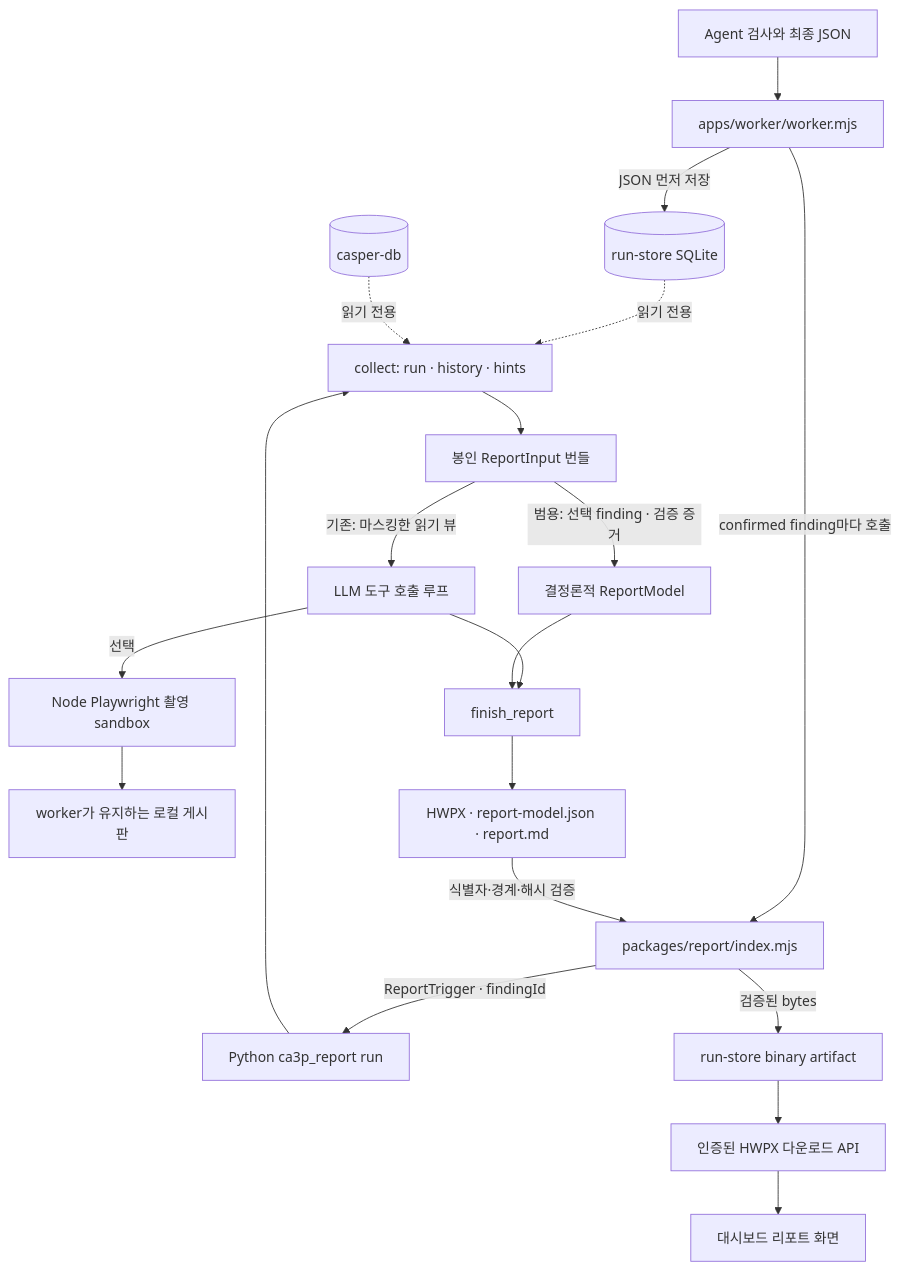
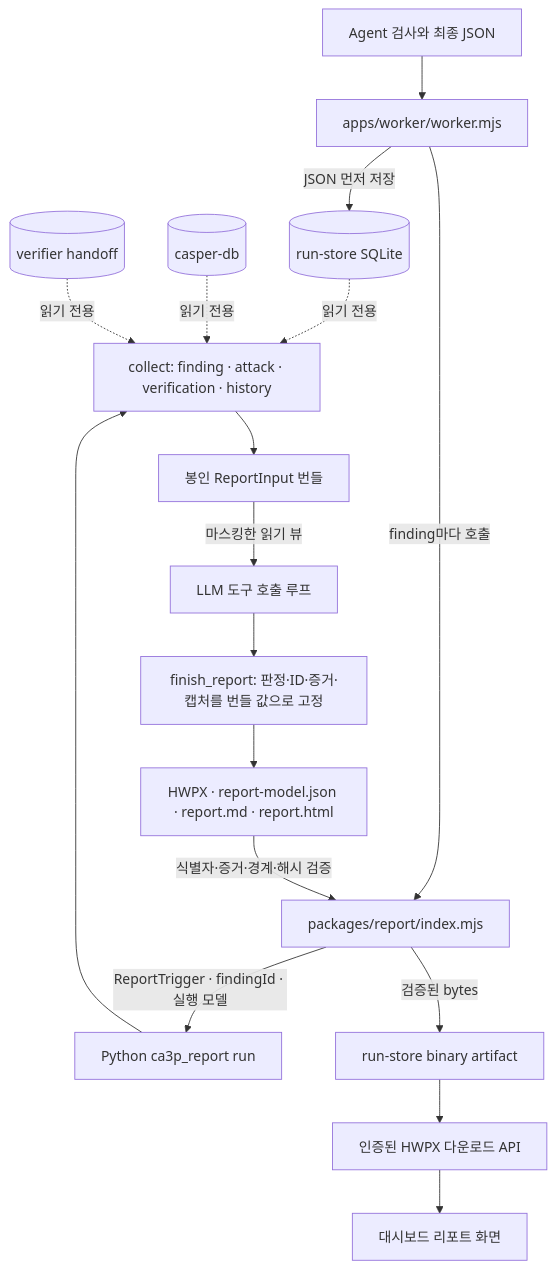
Before and after one commit to typemnm/FSL-CA3P: the diagram in packages/report/ARCHITECTURE.md, drawn with Mermaid. The commit also changed other lines of this file and 19 other files, not shown here.

````diff
--- a/packages/report/ARCHITECTURE.md
+++ b/packages/report/ARCHITECTURE.md
@@ -10,21 +9,18 @@
 ```mermaid
 flowchart TB
   CORE[Agent 검사와 최종 JSON] --> WORKER[apps/worker/worker.mjs]
   WORKER -->|JSON 먼저 저장| STORE[(run-store SQLite)]
-  WORKER -->|confirmed finding마다 호출| RUNNER[packages/report/index.mjs]
-  RUNNER -->|ReportTrigger · findingId| CLI[Python ca3p_report run]
-  STORE -. 읽기 전용 .-> COLLECT[collect: run · history · hints]
+  WORKER -->|finding마다 호출| RUNNER[packages/report/index.mjs]
+  RUNNER -->|ReportTrigger · findingId · 실행 모델| CLI[Python ca3p_report run]
+  STORE -. 읽기 전용 .-> COLLECT[collect: finding · attack · verification · history]
   HISTORY[(casper-db)] -. 읽기 전용 .-> COLLECT
+  HANDOFF[(verifier handoff)] -. 읽기 전용 .-> COLLECT
   CLI --> COLLECT --> BUNDLE[봉인 ReportInput 번들]
-  BUNDLE -->|범용: 선택 finding · 검증 증거| GENERAL[결정론적 ReportModel]
-  BUNDLE -->|기존: 마스킹한 읽기 뷰| LLM[LLM 도구 호출 루프]
-  LLM -->|선택| CAPTURE[Node Playwright 촬영 sandbox]
-  CAPTURE --> TARGET[worker가 유지하는 로컬 게시판]
-  LLM --> FINISH[finish_report]
-  GENERAL --> FINISH
-  FINISH --> FILES[HWPX · report-model.json · report.md]
-  FILES -->|식별자·경계·해시 검증| RUNNER
+  BUNDLE -->|마스킹한 읽기 뷰| LLM[LLM 도구 호출 루프]
+  LLM --> FINISH[finish_report: 판정·ID·증거·캡처를 번들 값으로 고정]
+  FINISH --> FILES[HWPX · report-model.json · report.md · report.html]
+  FILES -->|식별자·증거·경계·해시 검증| RUNNER
   RUNNER -->|검증된 bytes| ARTIFACT[run-store binary artifact]
   ARTIFACT --> API[인증된 HWPX 다운로드 API]
   API --> UI[대시보드 리포트 화면]
 ```
````
